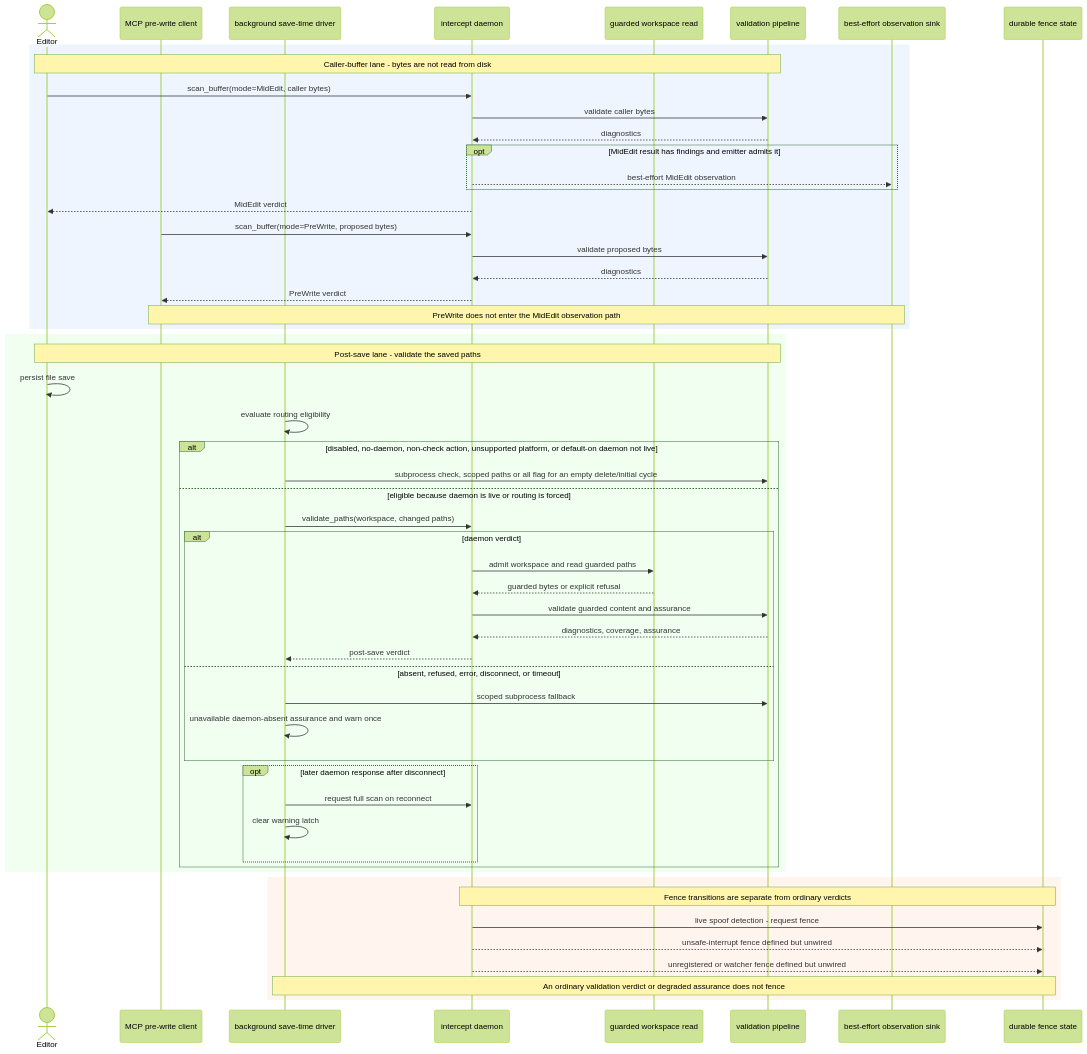
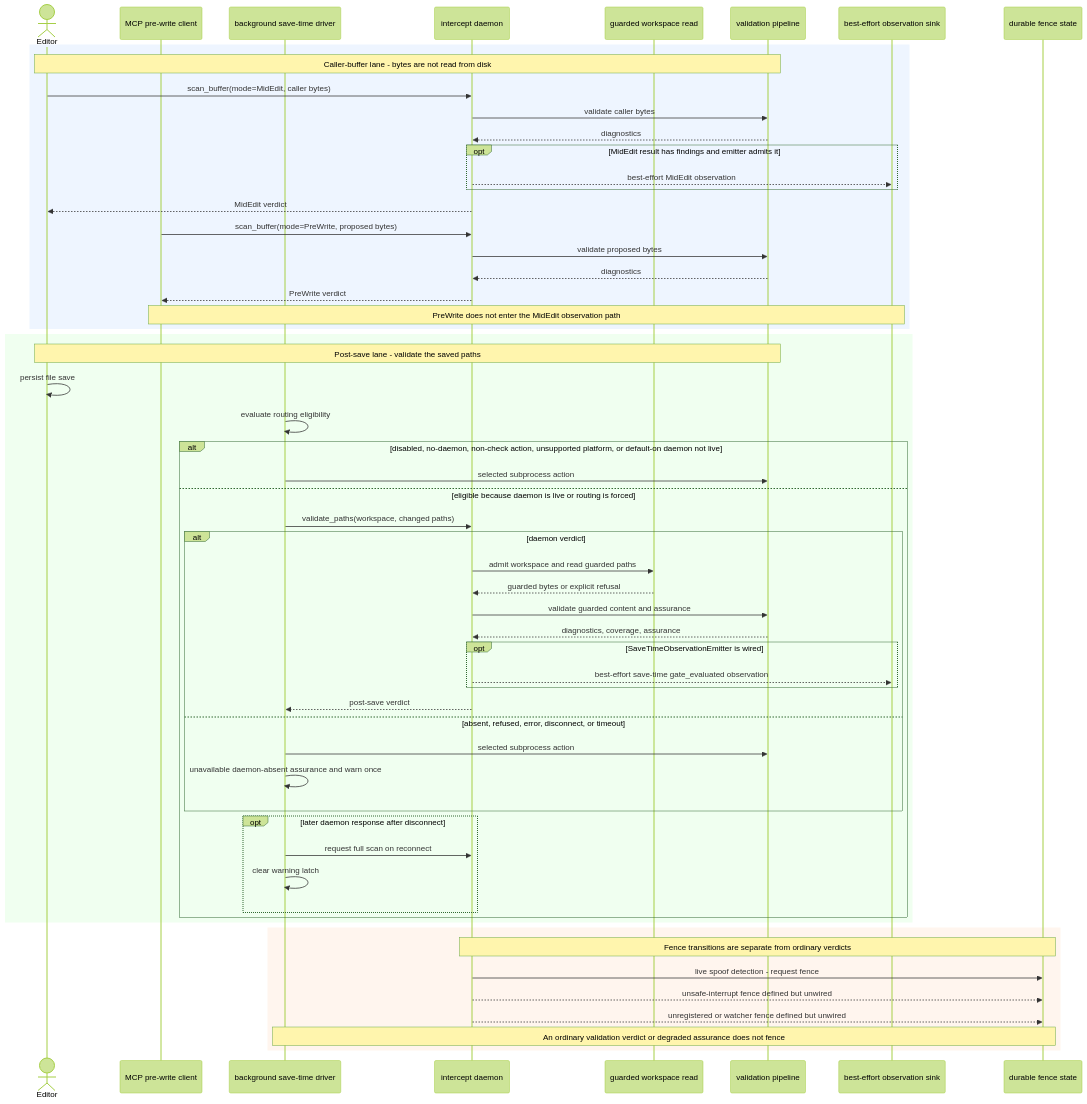
One commit to eddacraft/eddacraft-tui changed the diagram in docs/architecture/save-to-validation.md. Above: the diagram before and after it, drawn with Mermaid (forest theme). The commit also changed other lines of this file and 2 other files, not shown here.

First line of the commit message:
docs(architecture): clarify save validation flow

````diff
--- a/docs/architecture/save-to-validation.md
+++ b/docs/architecture/save-to-validation.md
@@ -22,60 +22,63 @@
 ```mermaid
 sequenceDiagram
     actor Editor
     participant MCP as MCP pre-write client
     participant Driver as background save-time driver
     participant Daemon as intercept daemon
     participant Guard as guarded workspace read
     participant Checks as validation pipeline
     participant Observe as best-effort observation sink
     participant Fence as durable fence state
 
     rect rgb(238, 245, 255)
         Note over Editor,Checks: Caller-buffer lane - bytes are not read from disk
         Editor->>Daemon: scan_buffer(mode=MidEdit, caller bytes)
         Daemon->>Checks: validate caller bytes
         Checks-->>Daemon: diagnostics
         opt MidEdit result has findings and emitter admits it
             Daemon-->>Observe: best-effort MidEdit observation
         end
         Daemon-->>Editor: MidEdit verdict
         MCP->>Daemon: scan_buffer(mode=PreWrite, proposed bytes)
         Daemon->>Checks: validate proposed bytes
         Checks-->>Daemon: diagnostics
         Daemon-->>MCP: PreWrite verdict
         Note over MCP,Observe: PreWrite does not enter the MidEdit observation path
     end
 
     rect rgb(240, 255, 240)
         Note over Editor,Checks: Post-save lane - validate the saved paths
         Editor->>Editor: persist file save
         Driver->>Driver: evaluate routing eligibility
         alt disabled, no-daemon, non-check action, unsupported platform, or default-on daemon not live
-            Driver->>Checks: subprocess check, scoped paths or all flag for an empty delete/initial cycle
+            Driver->>Checks: selected subprocess action
         else eligible because daemon is live or routing is forced
             Driver->>Daemon: validate_paths(workspace, changed paths)
             alt daemon verdict
                 Daemon->>Guard: admit workspace and read guarded paths
                 Guard-->>Daemon: guarded bytes or explicit refusal
                 Daemon->>Checks: validate guarded content and assurance
                 Checks-->>Daemon: diagnostics, coverage, assurance
+                opt SaveTimeObservationEmitter is wired
+                    Daemon-->>Observe: best-effort save-time gate_evaluated observation
+                end
                 Daemon-->>Driver: post-save verdict
             else absent, refused, error, disconnect, or timeout
-                Driver->>Checks: scoped subprocess fallback
+                Driver->>Checks: selected subprocess action
                 Driver->>Driver: unavailable daemon-absent assurance and warn once
             end
             opt later daemon response after disconnect
                 Driver->>Daemon: request full scan on reconnect
                 Driver->>Driver: clear warning latch
             end
         end
     end
 
     rect rgb(255, 245, 238)
         Note over Daemon,Fence: Fence transitions are separate from ordinary verdicts
         Daemon->>Fence: live spoof detection - request fence
         Daemon-->>Fence: unsafe-interrupt fence defined but unwired
         Daemon-->>Fence: unregistered or watcher fence defined but unwired
         Note over Driver,Fence: An ordinary validation verdict or degraded assurance does not fence
     end
 ```
````
